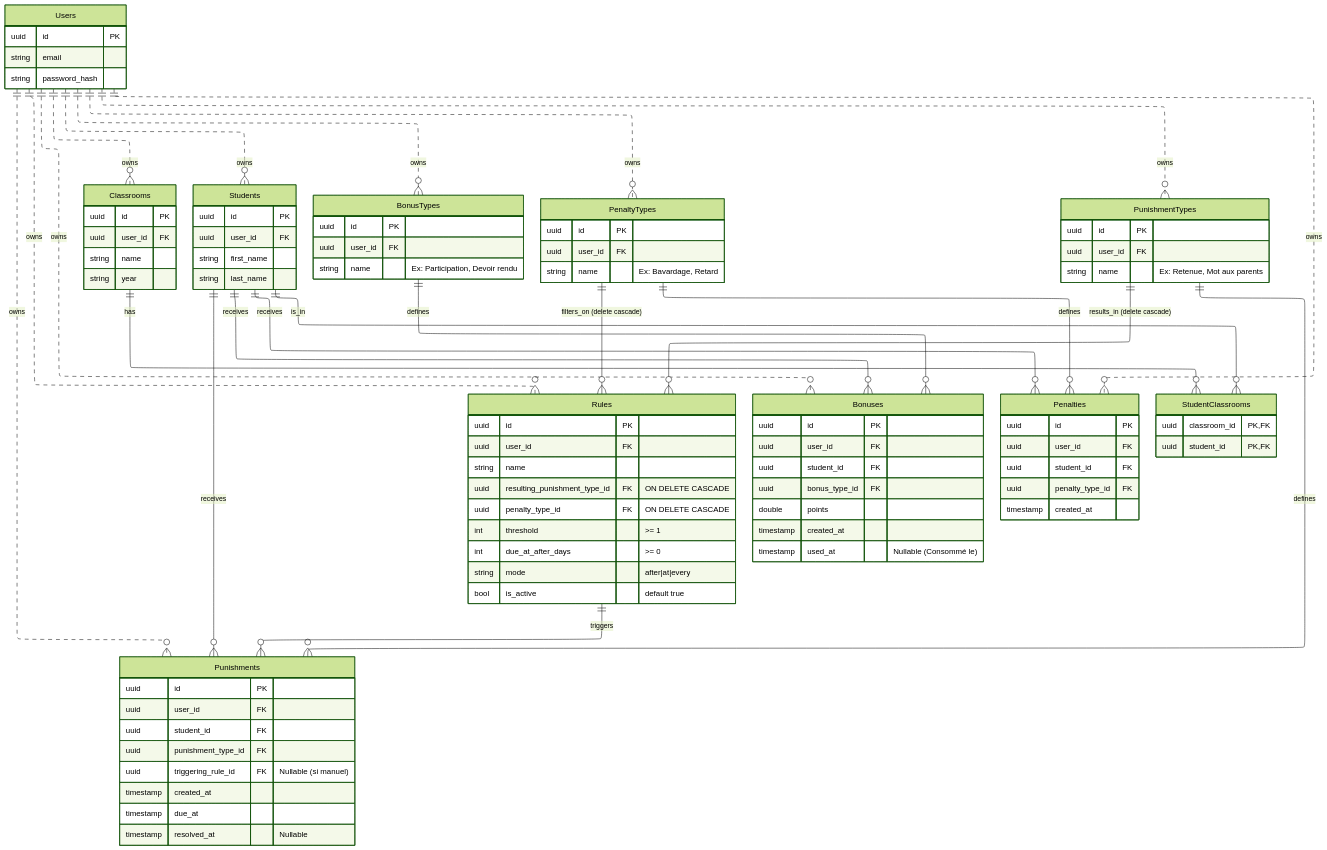
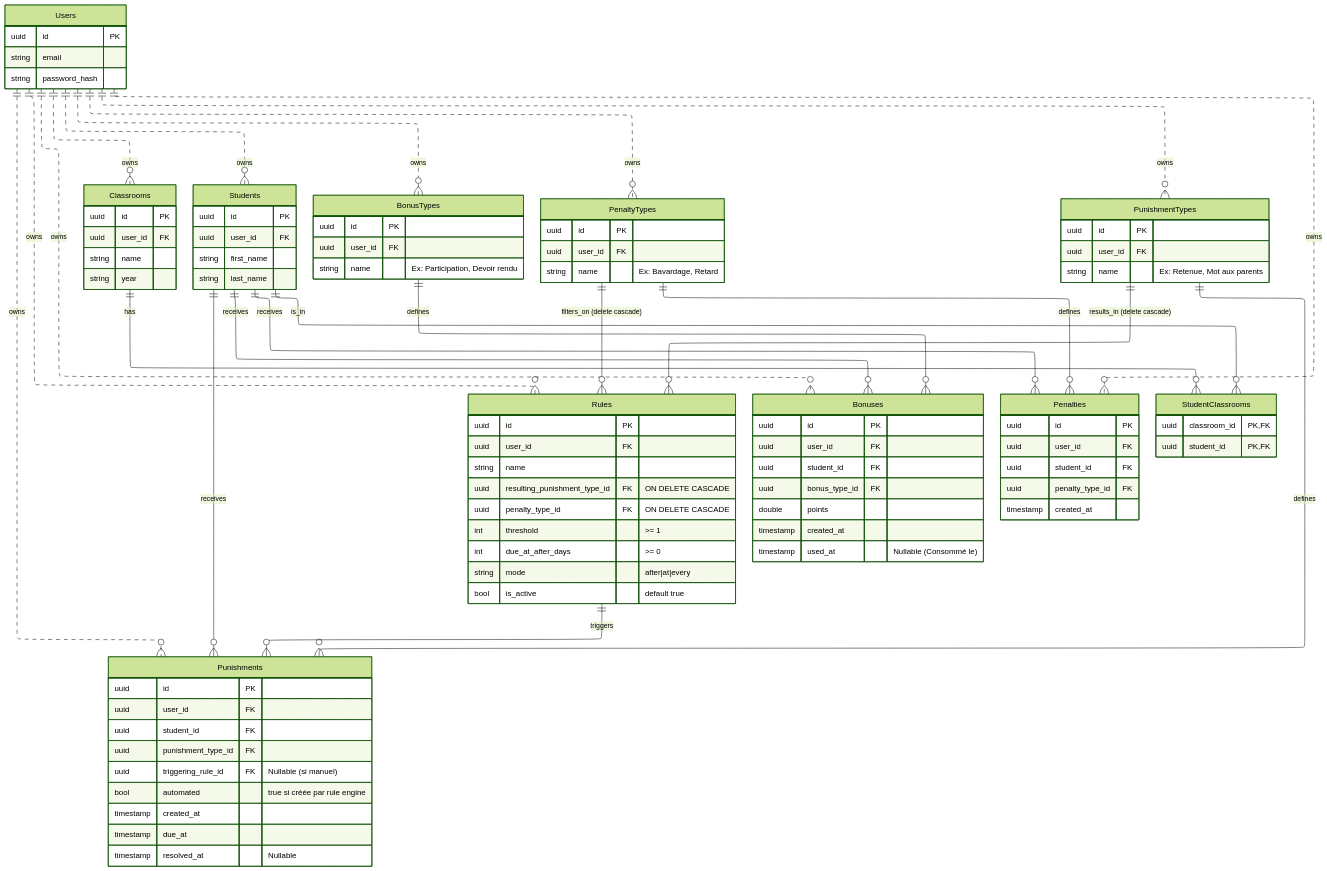
One commit to Mageas/the-punisher-backend-go changed the diagram in docs/projet.md. Above: the diagram before and after it, drawn with Mermaid (forest theme). The commit also changed other lines of this file and 2 other files, not shown here.

Commit message:
docs: align API reference and add full technical review

```diff
--- a/docs/projet.md
+++ b/docs/projet.md
@@ -110,6 +110,7 @@
         uuid student_id FK ""
         uuid punishment_type_id FK ""
         uuid triggering_rule_id FK "Nullable (si manuel)"
+        bool automated "true si créée par rule engine"
         timestamp created_at  ""
         timestamp due_at  ""
         timestamp resolved_at  "Nullable"
```
